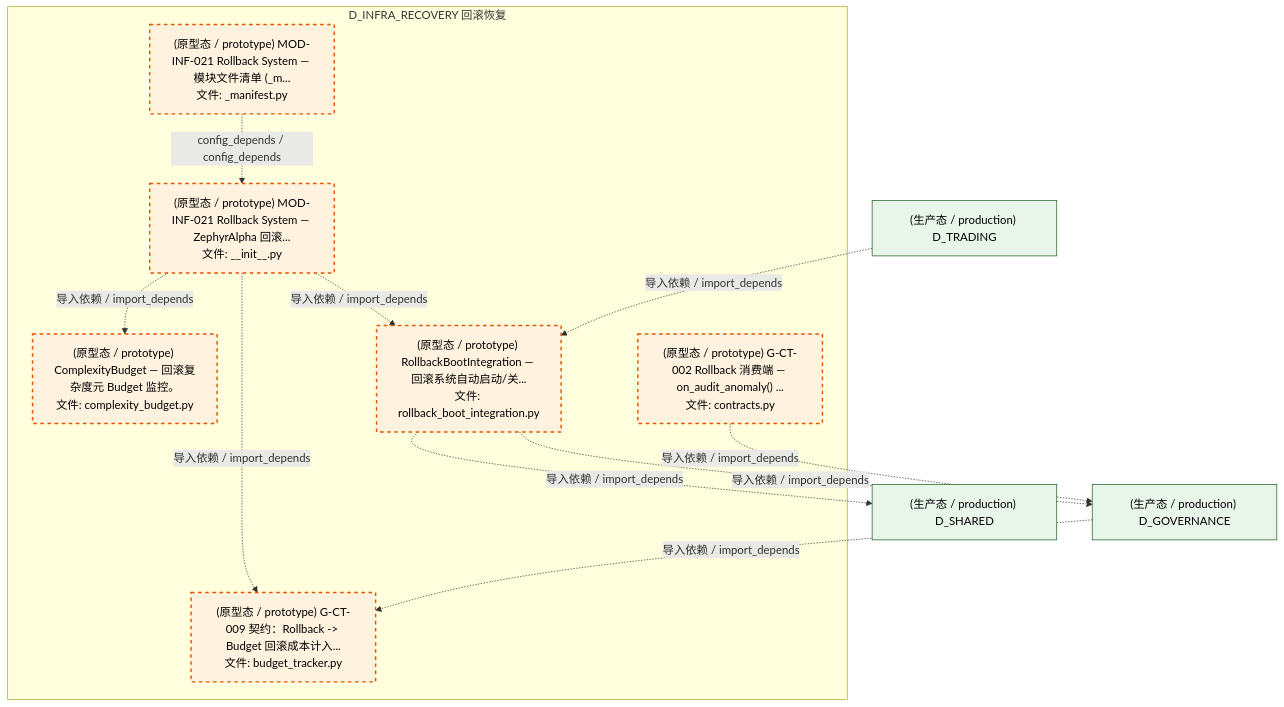
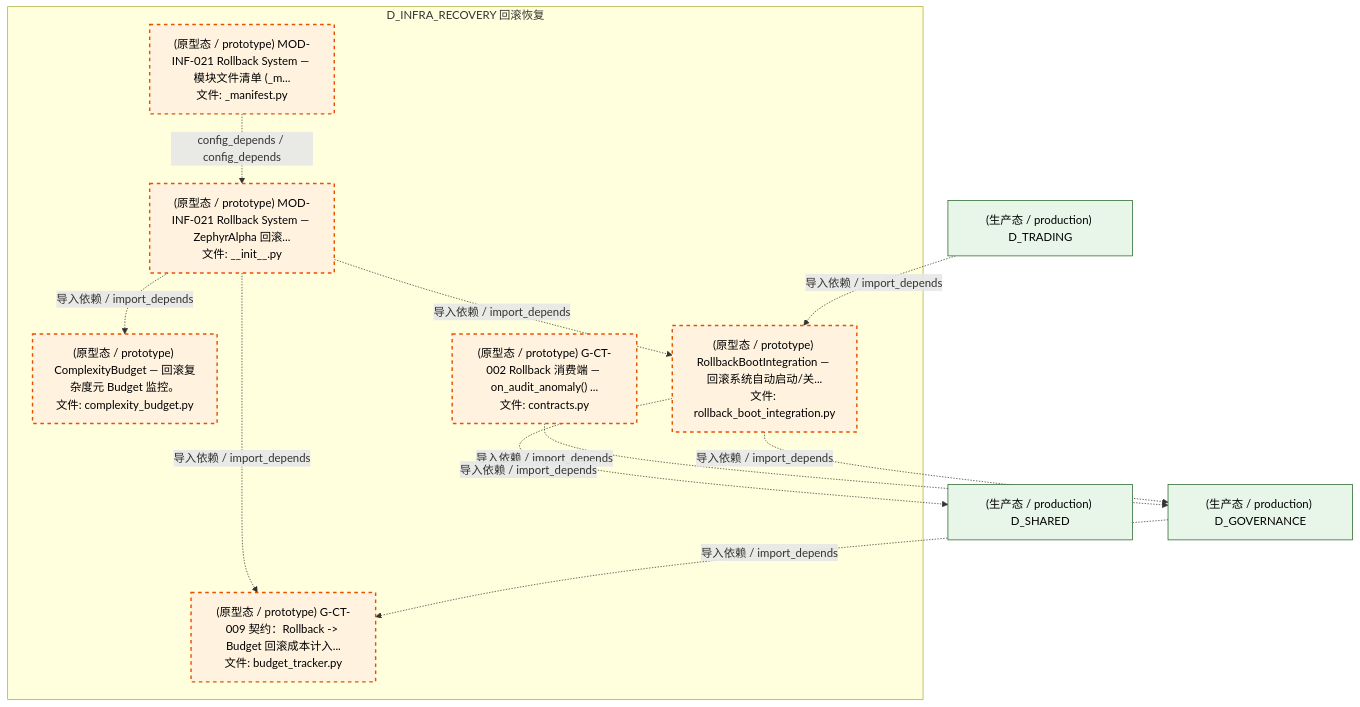
Before and after one commit to xuanFelixVan/ZephyrAlpha: the fourth of 5 diagrams in docs/02_enterprise_architecture/02_domain_architecture_docs/03_d_infra_recovery.md, drawn with Mermaid. The commit also changed other lines of this file and 100 other files, not shown here.

````diff
--- a/docs/02_enterprise_architecture/02_domain_architecture_docs/03_d_infra_recovery.md
+++ b/docs/02_enterprise_architecture/02_domain_architecture_docs/03_d_infra_recovery.md
@@ -412,29 +412,29 @@
 ```mermaid
 graph TD
     subgraph D_INFRA_RECOVERY["D_INFRA_RECOVERY 回滚恢复"]
         src_zephyr_infrastructure_rollback_init_py["(原型态 / prototype) MOD-INF-021 Rollback System — ZephyrAlpha 回滚...<br/>文件: __init__.py"]
         src_zephyr_infrastructure_rollback_manifest_py["(原型态 / prototype) MOD-INF-021 Rollback System — 模块文件清单 (_m...<br/>文件: _manifest.py"]
         src_zephyr_infrastructure_rollback_budget_tracker_py["(原型态 / prototype) G-CT-009 契约：Rollback -> Budget 回滚成本计入...<br/>文件: budget_tracker.py"]
         src_zephyr_infrastructure_rollback_complexity_budget_py["(原型态 / prototype) ComplexityBudget — 回滚复杂度元 Budget 监控。<br/>文件: complexity_budget.py"]
         src_zephyr_infrastructure_rollback_contracts_py["(原型态 / prototype) G-CT-002 Rollback 消费端 — on_audit_anomaly() ...<br/>文件: contracts.py"]
         src_zephyr_infrastructure_rollback_rollback_boot_integration_py["(原型态 / prototype) RollbackBootIntegration — 回滚系统自动启动/关...<br/>文件: rollback_boot_integration.py"]
     end
+    src_zephyr_infrastructure_rollback_manifest_py -.->|config_depends / config_depends| src_zephyr_infrastructure_rollback_init_py
     src_zephyr_infrastructure_rollback_init_py -.->|导入依赖 / import_depends| src_zephyr_infrastructure_rollback_budget_tracker_py
     src_zephyr_infrastructure_rollback_init_py -.->|导入依赖 / import_depends| src_zephyr_infrastructure_rollback_complexity_budget_py
     src_zephyr_infrastructure_rollback_init_py -.->|导入依赖 / import_depends| src_zephyr_infrastructure_rollback_rollback_boot_integration_py
-    src_zephyr_infrastructure_rollback_manifest_py -.->|config_depends / config_depends| src_zephyr_infrastructure_rollback_init_py
+    D_GOVERNANCE["(生产态 / production) D_GOVERNANCE"]
+    src_zephyr_infrastructure_rollback_contracts_py -.->|导入依赖 / import_depends| D_GOVERNANCE
     D_SHARED["(生产态 / production) D_SHARED"]
     src_zephyr_infrastructure_rollback_rollback_boot_integration_py -.->|导入依赖 / import_depends| D_SHARED
-    D_GOVERNANCE["(生产态 / production) D_GOVERNANCE"]
     src_zephyr_infrastructure_rollback_rollback_boot_integration_py -.->|导入依赖 / import_depends| D_GOVERNANCE
-    src_zephyr_infrastructure_rollback_contracts_py -.->|导入依赖 / import_depends| D_GOVERNANCE
     D_GOVERNANCE -.->|导入依赖 / import_depends| src_zephyr_infrastructure_rollback_budget_tracker_py
     D_TRADING["(生产态 / production) D_TRADING"]
     D_TRADING -.->|导入依赖 / import_depends| src_zephyr_infrastructure_rollback_rollback_boot_integration_py
     classDef production fill:#e1f5fe,stroke:#01579b,stroke-width:2px,color:#000
     classDef design fill:#fff3e0,stroke:#e65100,stroke-width:2px,color:#000,stroke-dasharray: 5 5
     classDef external_prod fill:#e8f5e9,stroke:#1b5e20,stroke-width:1px,color:#000
     classDef external_design fill:#fce4ec,stroke:#880e4f,stroke-width:1px,color:#000,stroke-dasharray: 5 5
     class src_zephyr_infrastructure_rollback_init_py,src_zephyr_infrastructure_rollback_manifest_py,src_zephyr_infrastructure_rollback_budget_tracker_py,src_zephyr_infrastructure_rollback_complexity_budget_py,src_zephyr_infrastructure_rollback_contracts_py,src_zephyr_infrastructure_rollback_rollback_boot_integration_py design
-    class D_SHARED,D_GOVERNANCE,D_TRADING external_prod
+    class D_GOVERNANCE,D_SHARED,D_TRADING external_prod
 ```
````
